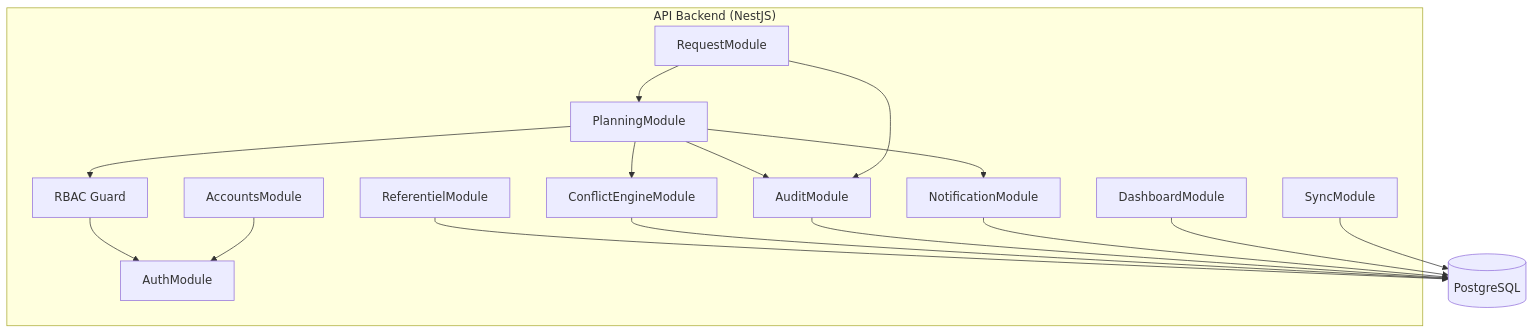
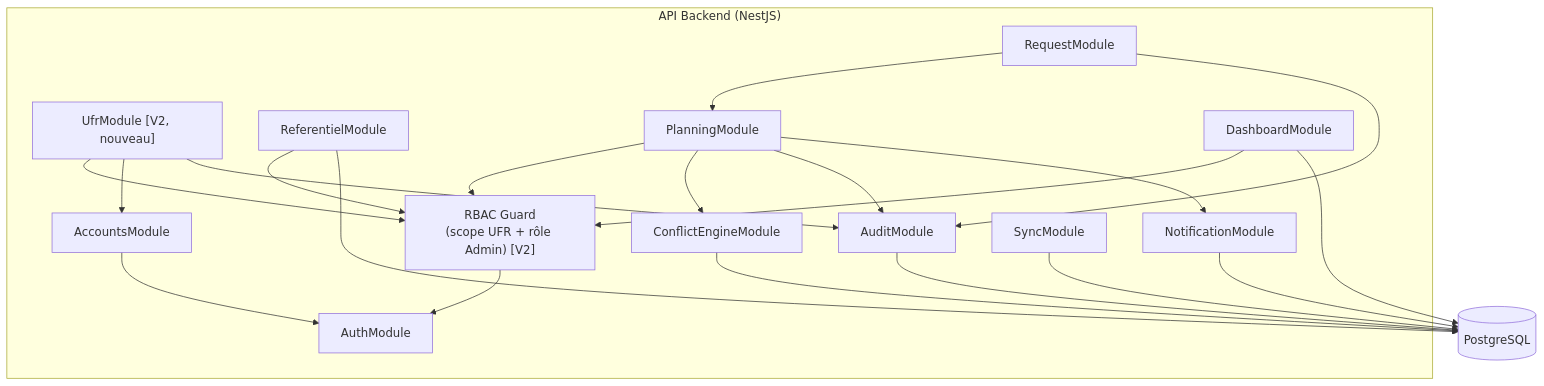
Before and after one commit to Kevin23phx/Gestionnaire_emploi_de_temps: the sixth of 6 diagrams in docs/05_UML_C4_Campus_Manager.md, drawn with Mermaid. The commit also changed other lines of this file and 24 other files, not shown here.

````diff
--- a/docs/05_UML_C4_Campus_Manager.md
+++ b/docs/05_UML_C4_Campus_Manager.md
@@ -145,32 +191,38 @@
 ```mermaid
 graph TB
     subgraph "API Backend (NestJS)"
-        Guard["RBAC Guard"]
+        Guard["RBAC Guard<br/>(scope UFR + rôle Admin) [V2]"]
         Auth["AuthModule"]
         Acc["AccountsModule"]
+        Ufr["UfrModule [V2, nouveau]"]
         Ref["ReferentielModule"]
         Plan["PlanningModule"]
         Conf["ConflictEngineModule"]
         Req["RequestModule"]
         Notif["NotificationModule"]
         Audit["AuditModule"]
         Dash["DashboardModule"]
         Sync["SyncModule"]
     end
     DB[("PostgreSQL")]
 
     Guard --> Auth
     Plan --> Guard
     Plan --> Conf
     Plan --> Audit
     Plan --> Notif
     Req --> Plan
     Req --> Audit
     Acc --> Auth
+    Ufr --> Guard
+    Ufr --> Acc
+    Ufr --> Audit
+    Ref --> Guard
     Ref --> DB
     Conf --> DB
     Audit --> DB
     Notif --> DB
+    Dash --> Guard
     Dash --> DB
     Sync --> DB
 ```
````
